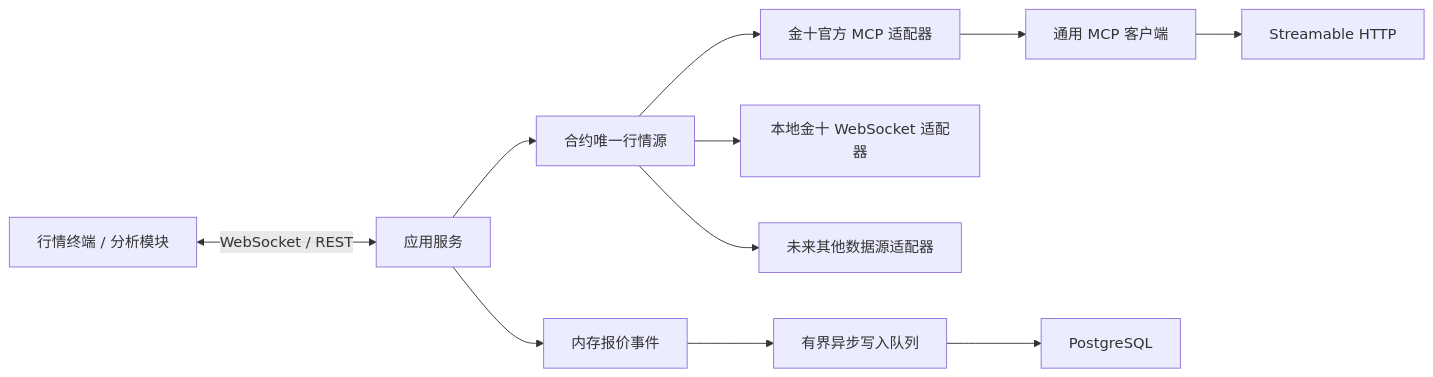
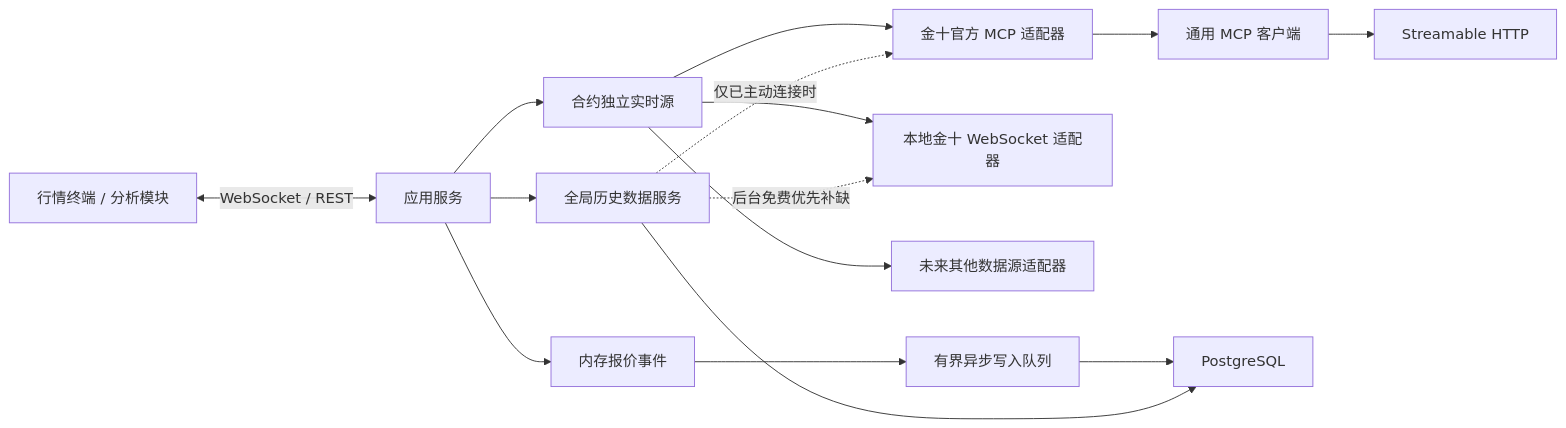
One commit to Daniel9572/TraceFang changed the diagram in docs/architecture.md. Above: the diagram before and after it, drawn with Mermaid. The commit also changed other lines of this file and 14 other files, not shown here.

````diff
--- a/docs/architecture.md
+++ b/docs/architecture.md
@@ -15,13 +15,17 @@
 ```mermaid
 flowchart LR
     UI["行情终端 / 分析模块"] <-->|"WebSocket / REST"| S["应用服务"]
-    S --> R["合约唯一行情源"]
+    S --> R["合约独立实时源"]
+    S --> C["全局历史数据服务"]
     R --> JM["金十官方 MCP 适配器"]
     R --> JD["本地金十 WebSocket 适配器"]
     R --> O["未来其他数据源适配器"]
     JM --> M["通用 MCP 客户端"]
     M --> H["Streamable HTTP"]
     S --> B["内存报价事件"]
     B --> Q["有界异步写入队列"]
     Q --> PG["PostgreSQL"]
+    C --> PG
+    C -.->|"后台免费优先补缺"| JD
+    C -.->|"仅已主动连接时"| JM
 ```
````
